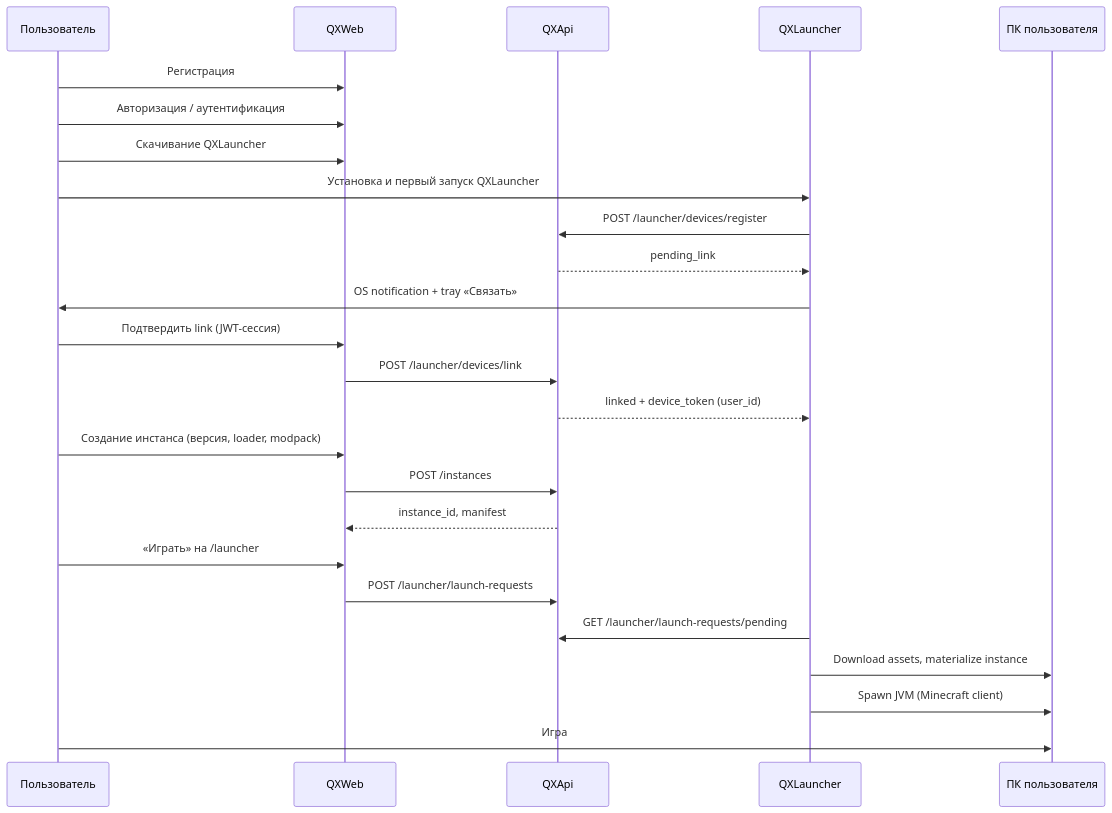
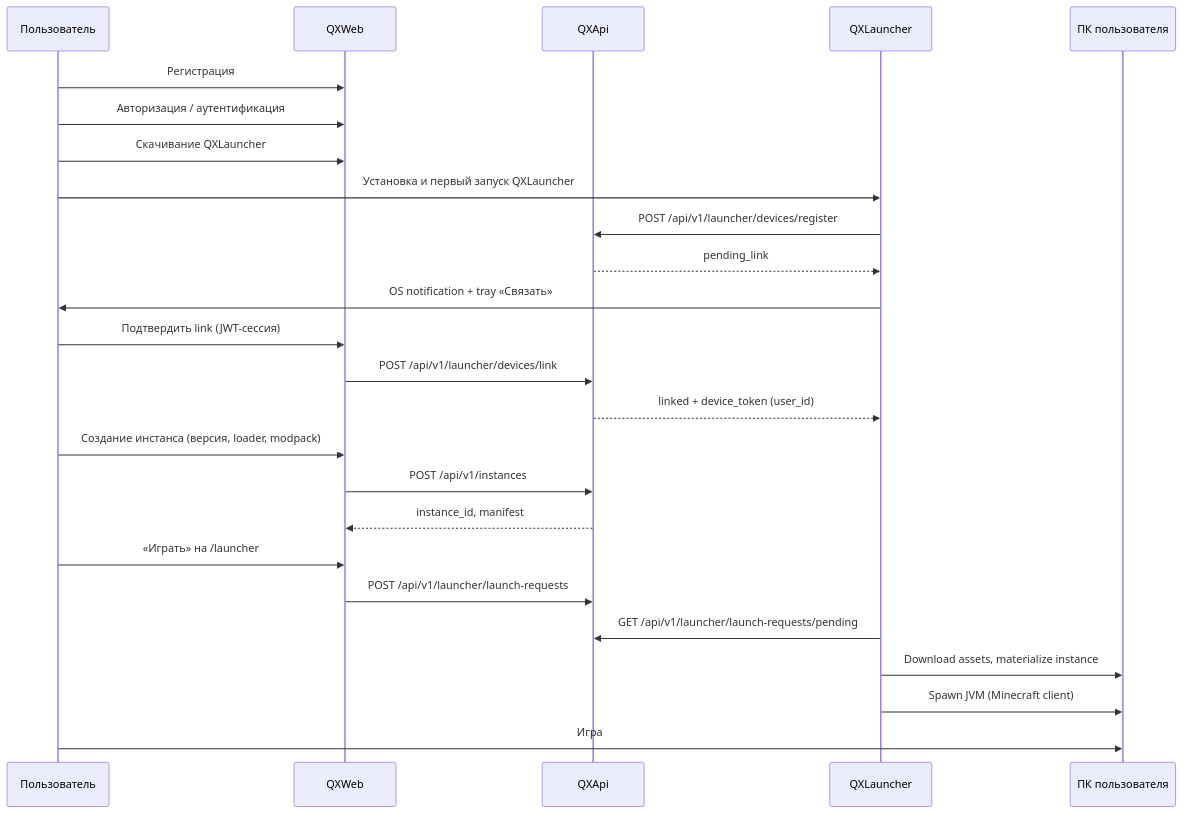
One commit to mindevis/qx-project changed the first of 16 diagrams in docs/architecture.md. Above: the diagram before and after it, drawn with Mermaid. The commit also changed other lines of this file and 129 other files, not shown here.

````diff
--- a/docs/architecture.md
+++ b/docs/architecture.md
@@ -46,30 +75,30 @@
 ```mermaid
 sequenceDiagram
     participant U as Пользователь
     participant Web as QXWeb
     participant API as QXApi
     participant L as QXLauncher
     participant PC as ПК пользователя
 
     U->>Web: Регистрация
     U->>Web: Авторизация / аутентификация
     U->>Web: Скачивание QXLauncher
     U->>L: Установка и первый запуск QXLauncher
-    L->>API: POST /launcher/devices/register
+    L->>API: POST /api/v1/launcher/devices/register
     API-->>L: pending_link
     L->>U: OS notification + tray «Связать»
     U->>Web: Подтвердить link (JWT-сессия)
-    Web->>API: POST /launcher/devices/link
+    Web->>API: POST /api/v1/launcher/devices/link
     API-->>L: linked + device_token (user_id)
 
     U->>Web: Создание инстанса (версия, loader, modpack)
-    Web->>API: POST /instances
+    Web->>API: POST /api/v1/instances
     API-->>Web: instance_id, manifest
 
     U->>Web: «Играть» на /launcher
-    Web->>API: POST /launcher/launch-requests
-    L->>API: GET /launcher/launch-requests/pending
+    Web->>API: POST /api/v1/launcher/launch-requests
+    L->>API: GET /api/v1/launcher/launch-requests/pending
     L->>PC: Download assets, materialize instance
     L->>PC: Spawn JVM (Minecraft client)
     U->>PC: Игра
 ```
````
